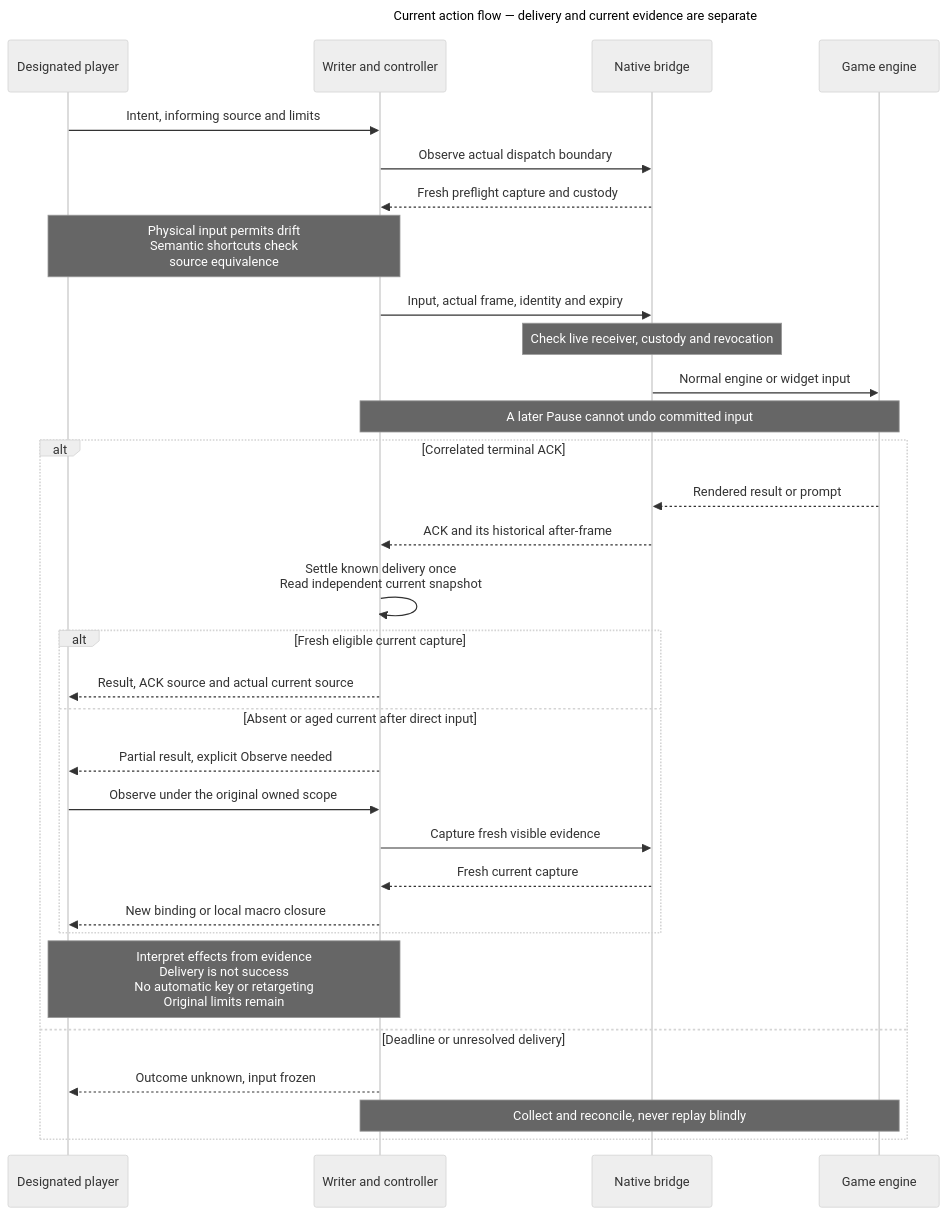
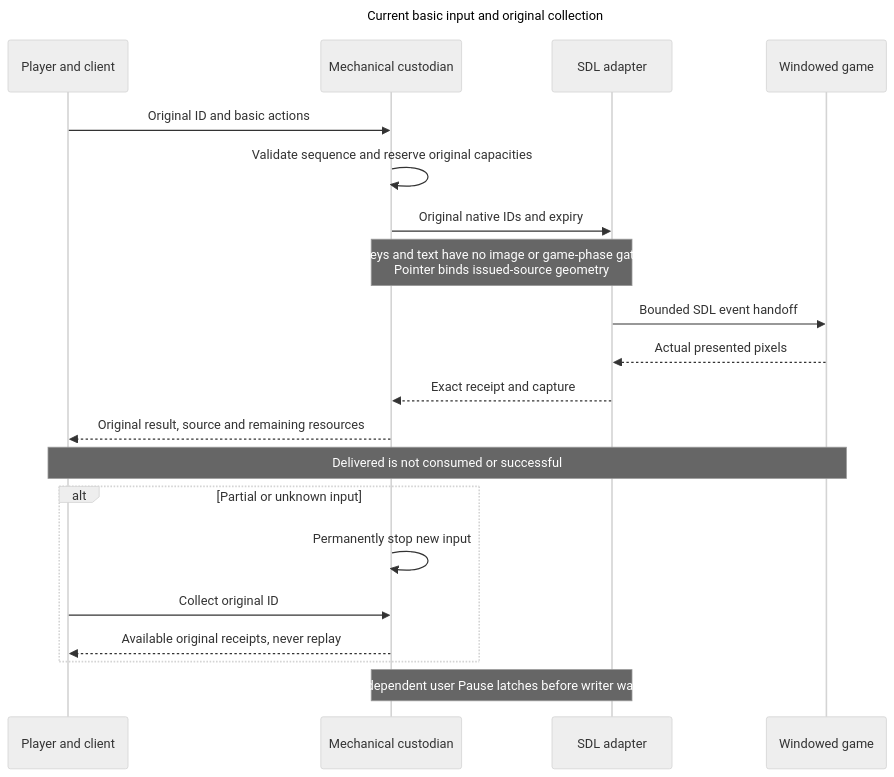
Before and after one commit to CVX-Hull/enactive: the diagram in docs/diagrams/action.mmd, drawn with Mermaid (neutral theme). The commit also changed 63 other files, not shown here.

```diff
--- a/docs/diagrams/action.mmd
+++ b/docs/diagrams/action.mmd
@@ -1,36 +1,25 @@
 ---
-title: Current action flow — delivery and current evidence are separate
+title: Current basic input and original collection
 ---
 sequenceDiagram
-  accTitle: Physical or semantic input through one writer
-  accDescr: The player chooses an intent and informing source. The writer and controller capture actual dispatch evidence. Physical input permits visual drift under unchanged custody; semantic shortcuts retain their equivalence checks. Native commit validates the actual receiver and authority. A correlated ACK settles delivery once as historical evidence, never objective success or current authority. A separate current snapshot can support the next decision. If it is absent or aged after direct input, the player must explicitly Observe before another input. Original scope and costs remain. Unknown delivery freezes input and is never blindly replayed.
-  participant P as Designated player
-  participant C as Writer and controller
-  participant B as Native bridge
-  participant G as Game engine
-  P->>C: Intent, informing source and limits
-  C->>B: Observe actual dispatch boundary
-  B-->>C: Fresh preflight capture and custody
-  Note over P,C: Physical input permits drift<br/>Semantic shortcuts check<br/>source equivalence
-  C->>B: Input, actual frame, identity and expiry
-  Note over B: Check live receiver, custody and revocation
-  B->>G: Normal engine or widget input
-  Note over C,G: A later Pause cannot undo committed input
-  alt Correlated terminal ACK
-    G-->>B: Rendered result or prompt
-    B-->>C: ACK and its historical after-frame
-    C->>C: Settle known delivery once<br/>Read independent current snapshot
-    alt Fresh eligible current capture
-      C-->>P: Result, ACK source and actual current source
-    else Absent or aged current after direct input
-      C-->>P: Partial result, explicit Observe needed
-      P->>C: Observe under the original owned scope
-      C->>B: Capture fresh visible evidence
-      B-->>C: Fresh current capture
-      C-->>P: New binding or local macro closure
-    end
-    Note over P,C: Interpret effects from evidence<br/>Delivery is not success<br/>No automatic key or retargeting<br/>Original limits remain
-  else Deadline or unresolved delivery
-    C-->>P: Outcome unknown, input frozen
-    Note over C,G: Collect and reconcile, never replay blindly
+  accTitle: Current basic input and original collection
+  accDescr: The client assigns an original ID before HTTP submission. One writer validates the complete basic sequence and reserves original capacities. The adapter hands SDL events to the game and captures actual pixels. Delivery is not game success. Unknown or partial input permanently stops further input; collection preserves original IDs without replay. Pause bypasses the writer.
+  participant P as Player and client
+  participant C as Mechanical custodian
+  participant N as SDL adapter
+  participant G as Windowed game
+  P->>C: Original ID and basic actions
+  C->>C: Validate sequence and reserve original capacities
+  C->>N: Original native IDs and expiry
+  Note over C,N: Keys and text have no image or game-phase gate<br/>Pointer binds issued-source geometry
+  N->>G: Bounded SDL event handoff
+  G-->>N: Actual presented pixels
+  N-->>C: Exact receipt and capture
+  C-->>P: Original result, source and remaining resources
+  Note over P,G: Delivered is not consumed or successful
+  alt Partial or unknown input
+    C->>C: Permanently stop new input
+    P->>C: Collect original ID
+    C-->>P: Available original receipts, never replay
   end
+  Note over C,N: Independent user Pause latches before writer waits
```
